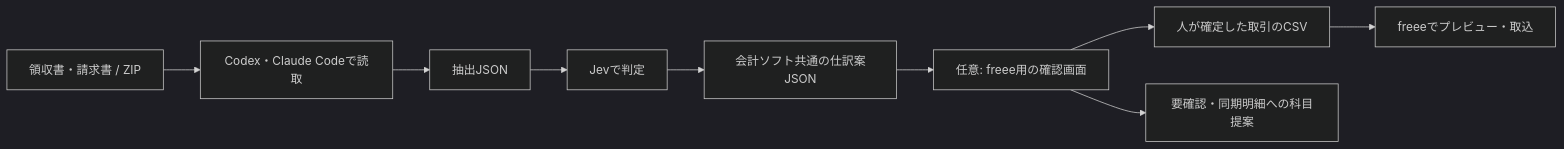
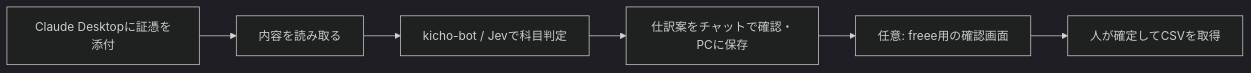
The diagram in README.md (Lehtien/kicho-bot), drawn with Mermaid (dark theme) before and after one commit. The commit also changed other lines of this file and 3 other files, not shown here.

````diff
--- a/README.md
+++ b/README.md
@@ -7,11 +9,8 @@
 ```mermaid
 flowchart LR
-    A[領収書・請求書 / ZIP] --> B[Codex・Claude Codeで読取]
-    B --> C[抽出JSON]
-    C --> D[Jevで判定]
-    D --> J[会計ソフト共通の仕訳案JSON]
-    J --> E[任意: freee用の確認画面]
-    E --> F[人が確定した取引のCSV]
-    F --> G[freeeでプレビュー・取込]
-    E --> H[要確認・同期明細への科目提案]
+    A[Claude Desktopに証憑を添付] --> B[内容を読み取る]
+    B --> C[kicho-bot / Jevで科目判定]
+    C --> D[仕訳案をチャットで確認・PCに保存]
+    D --> E[任意: freee用の確認画面]
+    E --> F[人が確定してCSVを取得]
 ```
````
